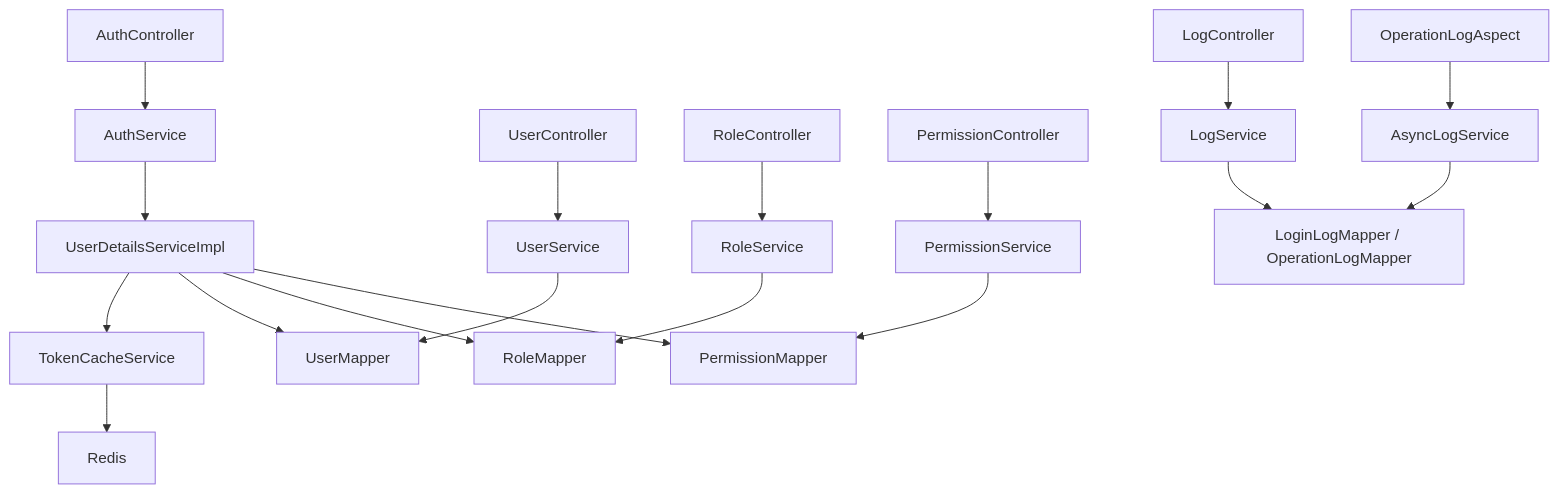
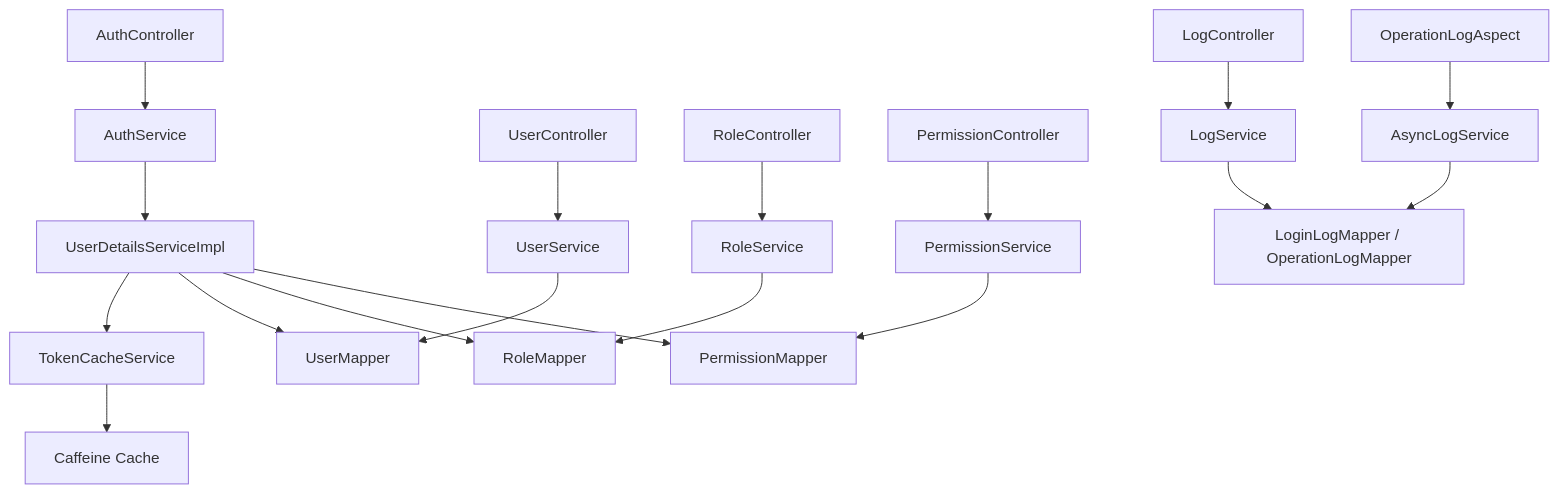
The second of 3 diagrams in .trae/documents/Technical-Architecture.md (GeBron/molly), drawn with Mermaid before and after one commit. The commit also changed other lines of this file and 12 other files, not shown here.

First line of the commit message:
feat: 使用 H2 和 Caffeine 替换 MySQL 与 Redis (#32)

````diff
--- a/.trae/documents/Technical-Architecture.md
+++ b/.trae/documents/Technical-Architecture.md
@@ -99,20 +99,20 @@
 ```mermaid
 graph TD
     A["AuthController"] --> B["AuthService"]
     C["UserController"] --> D["UserService"]
     E["RoleController"] --> F["RoleService"]
     G["PermissionController"] --> H["PermissionService"]
     I["LogController"] --> J["LogService"]
     B --> K["UserDetailsServiceImpl"]
     K --> L["TokenCacheService"]
-    L --> M["Redis"]
+    L --> M["Caffeine Cache"]
     D --> N["UserMapper"]
     F --> O["RoleMapper"]
     H --> P["PermissionMapper"]
     J --> Q["LoginLogMapper / OperationLogMapper"]
     K --> N
     K --> O
     K --> P
     R["OperationLogAspect"] --> S["AsyncLogService"]
     S --> Q
 ```
````
